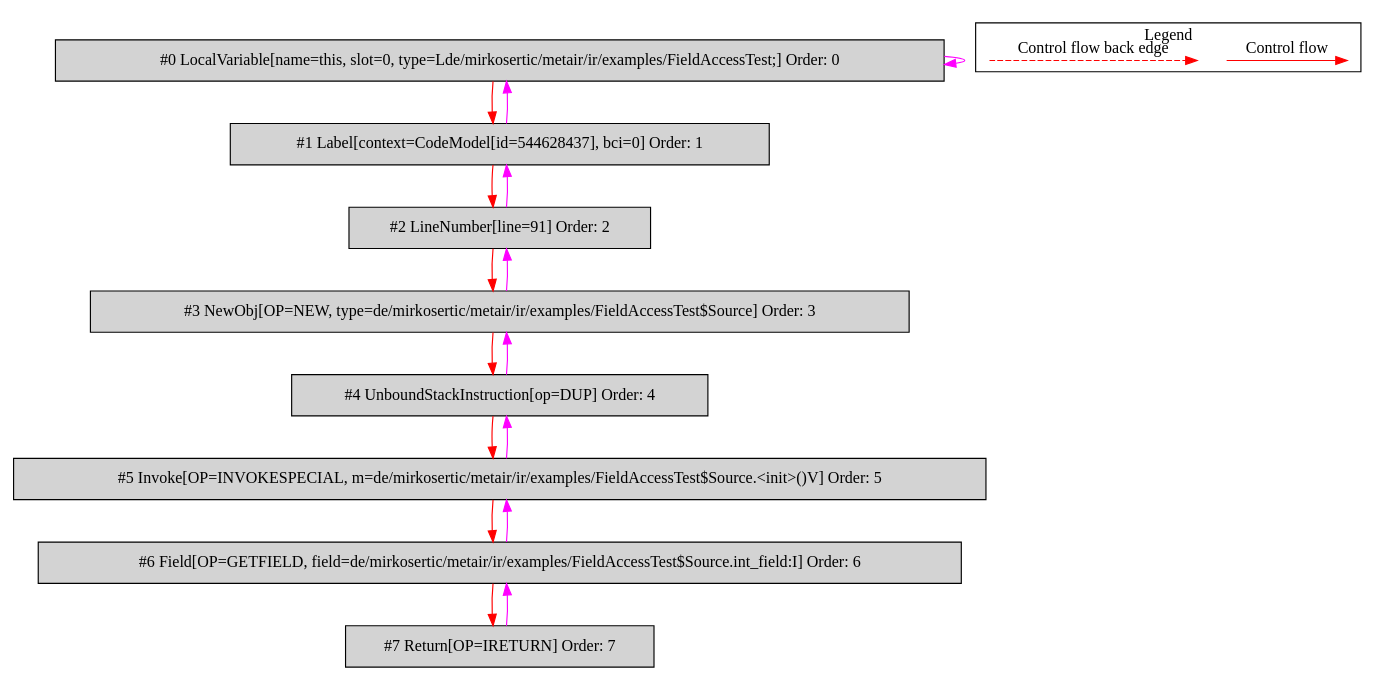
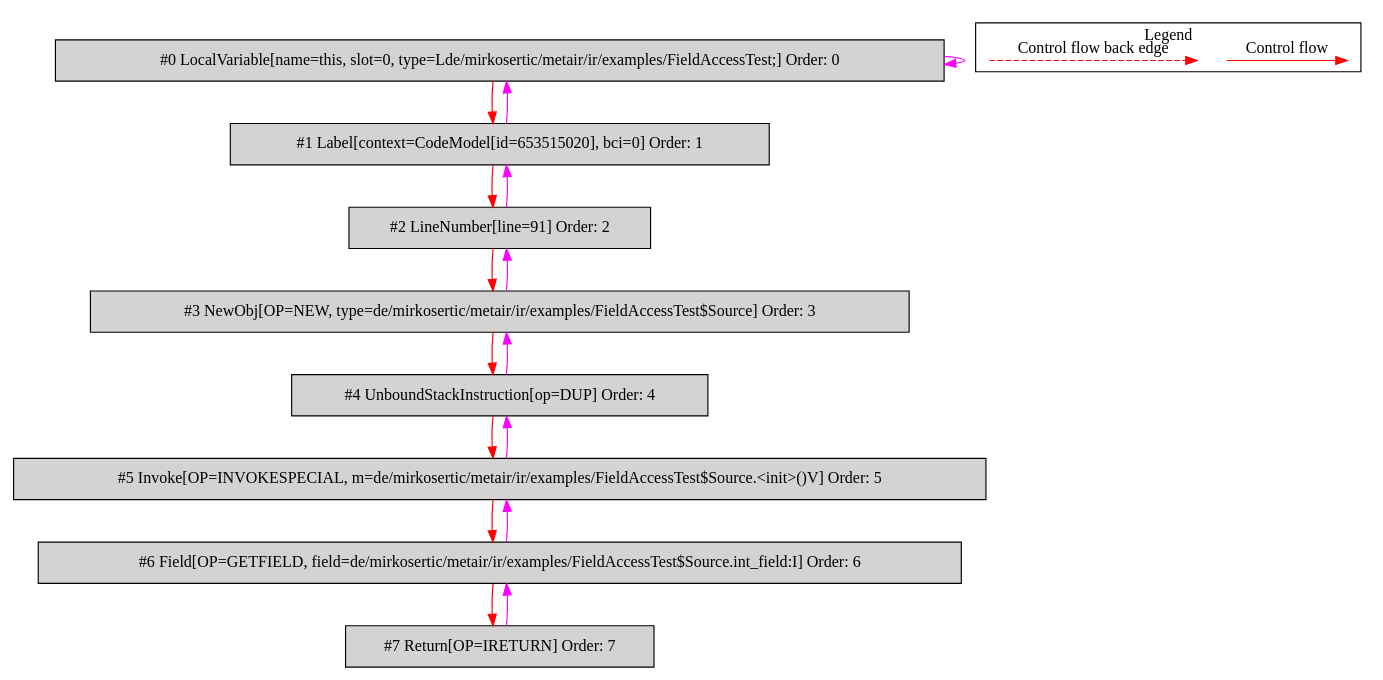
One commit to mirkosertic/MetaIR changed the diagram in de.mirkosertic.metair.ir.examples.FieldAccessTest/return_int/bytecodecfg.dot. Above: the diagram before and after it, drawn with Graphviz. The commit also changed 510 other files, not shown here.

```diff
--- a/de.mirkosertic.metair.ir.examples.FieldAccessTest/return_int/bytecodecfg.dot
+++ b/de.mirkosertic.metair.ir.examples.FieldAccessTest/return_int/bytecodecfg.dot
@@ -1,40 +1,40 @@
 digraph {
  ordering="in";
  node0[label="#0 LocalVariable[name=this, slot=0, type=Lde/mirkosertic/metair/ir/examples/FieldAccessTest;] Order: 0", shape=box, fillcolor=lightgrey, style=filled];
- node1[label="#1 Label[context=CodeModel[id=544628437], bci=0] Order: 1", shape=box, fillcolor=lightgrey, style=filled];
+ node1[label="#1 Label[context=CodeModel[id=653515020], bci=0] Order: 1", shape=box, fillcolor=lightgrey, style=filled];
  node2[label="#2 LineNumber[line=91] Order: 2", shape=box, fillcolor=lightgrey, style=filled];
  node3[label="#3 NewObj[OP=NEW, type=de/mirkosertic/metair/ir/examples/FieldAccessTest$Source] Order: 3", shape=box, fillcolor=lightgrey, style=filled];
  node4[label="#4 UnboundStackInstruction[op=DUP] Order: 4", shape=box, fillcolor=lightgrey, style=filled];
  node5[label="#5 Invoke[OP=INVOKESPECIAL, m=de/mirkosertic/metair/ir/examples/FieldAccessTest$Source.<init>()V] Order: 5", shape=box, fillcolor=lightgrey, style=filled];
  node6[label="#6 Field[OP=GETFIELD, field=de/mirkosertic/metair/ir/examples/FieldAccessTest$Source.int_field:I] Order: 6", shape=box, fillcolor=lightgrey, style=filled];
  node7[label="#7 Return[OP=IRETURN] Order: 7", shape=box, fillcolor=lightgrey, style=filled];
  node0 -> node0[color=fuchsia];
  node0 -> node1[color=red];
  node1 -> node0[color=fuchsia];
  node1 -> node2[color=red];
  node2 -> node1[color=fuchsia];
  node2 -> node3[color=red];
  node3 -> node2[color=fuchsia];
  node3 -> node4[color=red];
  node4 -> node3[color=fuchsia];
  node4 -> node5[color=red];
  node5 -> node4[color=fuchsia];
  node5 -> node6[color=red];
  node6 -> node5[color=fuchsia];
  node6 -> node7[color=red];
  node7 -> node6[color=fuchsia];
  subgraph cluster_000 {
   label = "Legend";
   node [shape=point]
   {
    rank=same;
    c0 [style = invis];
    c1 [style = invis];
    c2 [style = invis];
    c3 [style = invis];
   }
   c0 -> c1 [label="Control flow", style=solid, color=red]
   c2 -> c3 [label="Control flow back edge", style=dashed, color=red]
  }
 
 }
```
